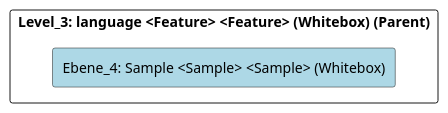
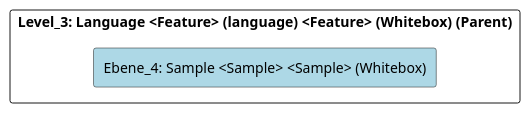
The diagram in doc/cleonproject_deliverables_architecture_model_architecture/adoc/de/05_bausteinsicht/cleon/common/language/sample/ebene_4_sample.adoc (marcozwyssig/cleon), drawn with PlantUML before and after one commit. The commit also changed other lines of this file and 166 other files, not shown here.

```diff
--- a/doc/cleonproject_deliverables_architecture_model_architecture/adoc/de/05_bausteinsicht/cleon/common/language/sample/ebene_4_sample.adoc
+++ b/doc/cleonproject_deliverables_architecture_model_architecture/adoc/de/05_bausteinsicht/cleon/common/language/sample/ebene_4_sample.adoc
@@ -20,24 +20,24 @@
 [plantuml, Ebene_4: Sample <Sample> <Sample> (Whitebox)BlockOverview, format="svg"]
 ----
 @startuml Ebene_4: Sample <Sample> <Sample> (Whitebox)BuildingBlockOverview
 
 skinparam ranksep 10
 skinparam componentStyle rectangle
 skinparam shadowing false
 skinparam arrowColor lightblue
 skinparam arrowThickness 1.2
 skinparam rectangle {
   BackgroundColor White
   BorderColor #333
   RoundCorner 10
 }
 top to bottom direction
 
-component "Level_3: language <Feature> <Feature> (Whitebox) (Parent)" {
+component "Level_3: Language <Feature> (language) <Feature> (Whitebox) (Parent)" {
     component "Ebene_4: Sample <Sample> <Sample> (Whitebox)" #lightblue {
     }
 
 }
 
 @enduml
 ----
```
